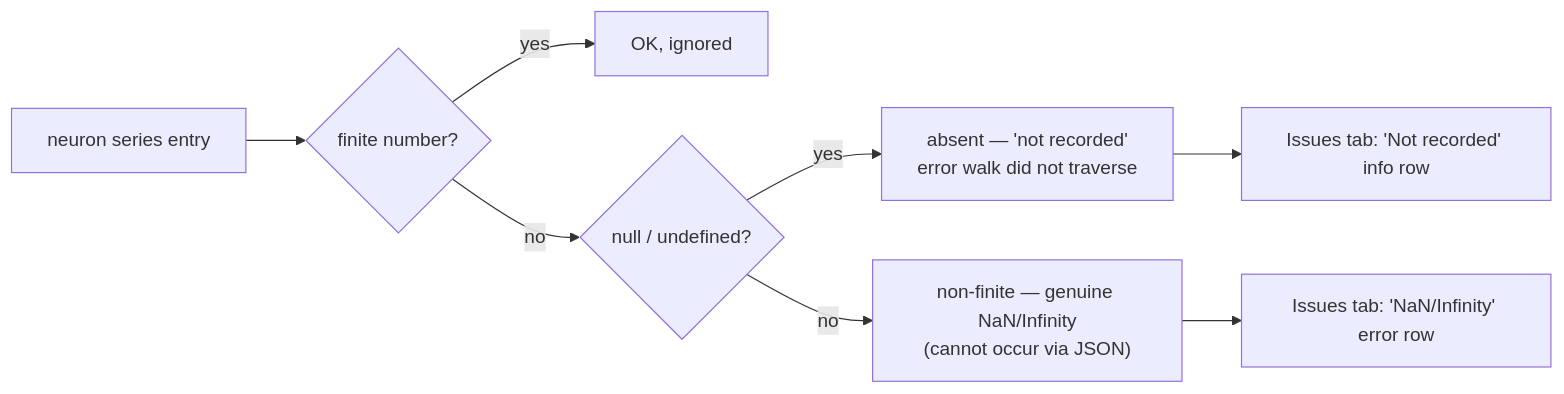
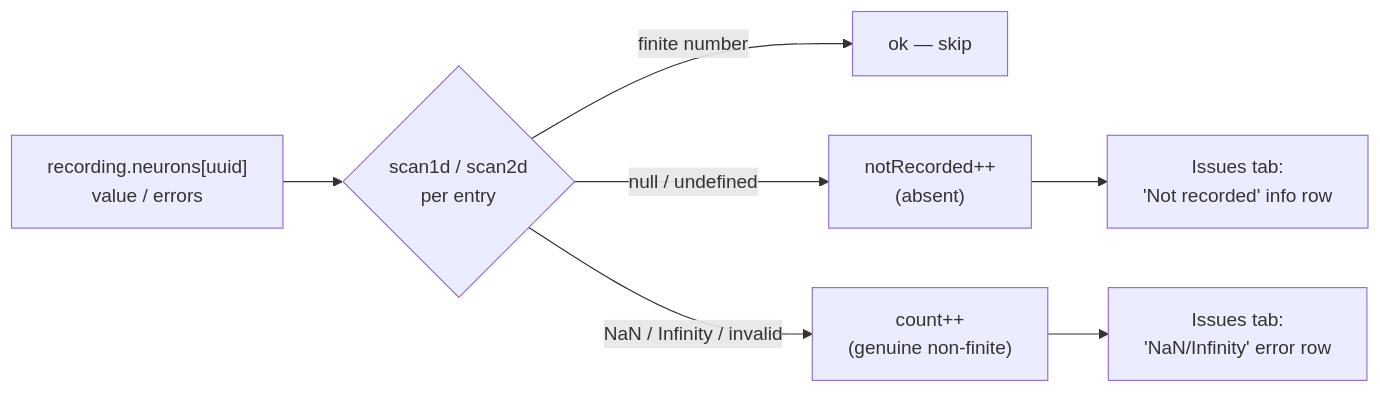
Before and after one commit to stSoftwareAU/NEAT-AI-Explore: the diagram in docs/archive/pr-summaries/pr-summary-507.md, drawn with Mermaid. The commit also changed other lines of this file, not shown here.

````diff
--- a/docs/archive/pr-summaries/pr-summary-507.md
+++ b/docs/archive/pr-summaries/pr-summary-507.md
@@ -44,10 +34,9 @@
 ```mermaid
 flowchart LR
-    A[neuron series entry] --> B{finite number?}
-    B -- yes --> C[OK, ignored]
-    B -- no --> D{null / undefined?}
-    D -- yes --> E["absent — 'not recorded'<br/>error walk did not traverse"]
-    D -- no --> F["non-finite — genuine NaN/Infinity<br/>(cannot occur via JSON)"]
-    E --> G["Issues tab: 'Not recorded' info row"]
-    F --> H["Issues tab: 'NaN/Infinity' error row"]
+    A["recording.neurons[uuid]<br/>value / errors"] --> B{"scan1d / scan2d<br/>per entry"}
+    B -->|"finite number"| C["ok — skip"]
+    B -->|"null / undefined"| D["notRecorded++<br/>(absent)"]
+    B -->|"NaN / Infinity / invalid"| E["count++<br/>(genuine non-finite)"]
+    D --> F["Issues tab:<br/>'Not recorded' info row"]
+    E --> G["Issues tab:<br/>'NaN/Infinity' error row"]
 ```
````
